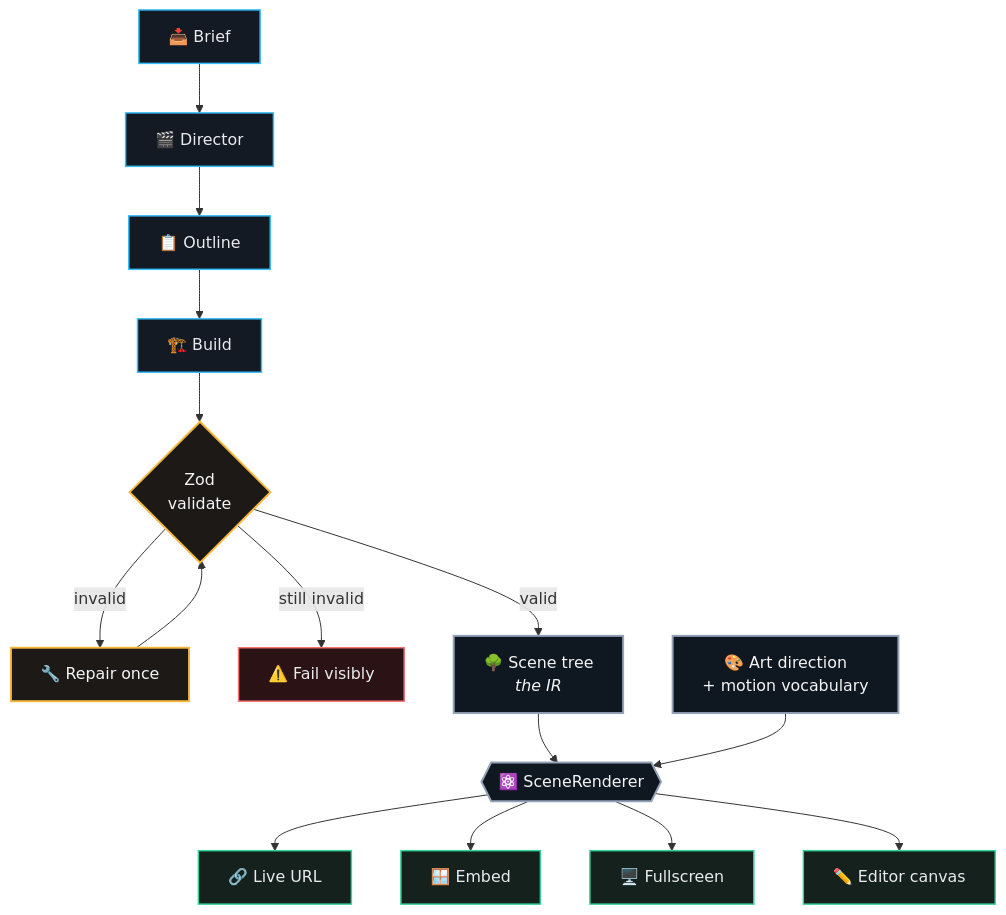
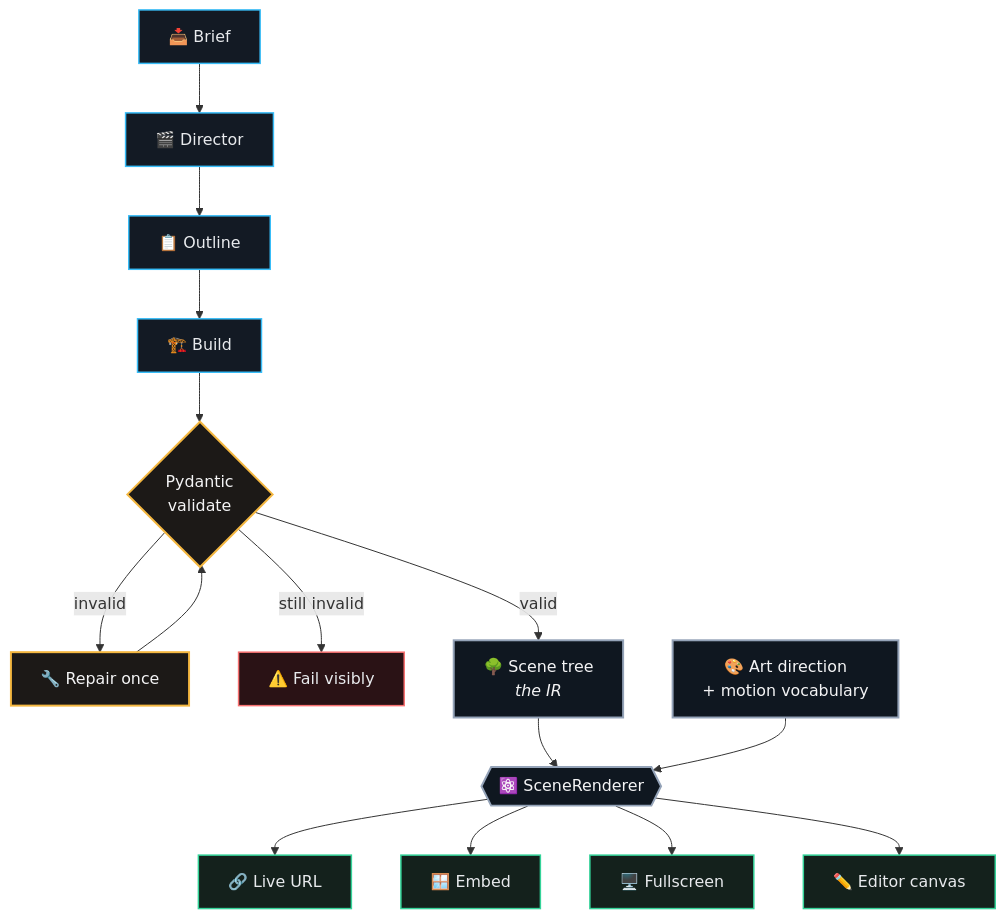
Before and after one commit to KirtanUgreja/d-design: the third of 5 diagrams in README.md, drawn with Mermaid. The commit also changed other lines of this file and 46 other files, not shown here.

````diff
--- a/README.md
+++ b/README.md
@@ -186,30 +186,30 @@
 ```mermaid
 flowchart TB
     B["📥 Brief"] --> D["🎬 Director"]
     D --> O["📋 Outline"]
     O --> BU["🏗️ Build"]
-    BU --> Z{"Zod<br/>validate"}
+    BU --> Z{"Pydantic<br/>validate"}
     Z -->|invalid| RP["🔧 Repair once"]
     RP --> Z
     Z -->|still invalid| F["⚠️ Fail visibly"]
     Z -->|valid| ST["🌳 Scene tree<br/><i>the IR</i>"]
 
     ST --> REN{{"⚛️ SceneRenderer"}}
     TOK["🎨 Art direction<br/>+ motion vocabulary"] --> REN
 
     REN --> P1["🔗 Live URL"]
     REN --> P2["🪟 Embed"]
     REN --> P3["🖥️ Fullscreen"]
     REN --> P4["✏️ Editor canvas"]
 
     classDef phase fill:#131A24,stroke:#38BDF8,stroke-width:1.5px,color:#E8EAED
     classDef gate fill:#1C1917,stroke:#F4B740,stroke-width:2px,color:#F4F4F5
     classDef bad fill:#2A1215,stroke:#F87171,stroke-width:1.5px,color:#E8EAED
     classDef ir fill:#0F1720,stroke:#94A3B8,stroke-width:2px,color:#F4F4F5
     classDef out fill:#14211C,stroke:#34D399,stroke-width:1.5px,color:#E8EAED
     class B,D,O,BU phase
     class Z,RP gate
     class F bad
     class ST,REN,TOK ir
     class P1,P2,P3,P4 out
 ```
````
